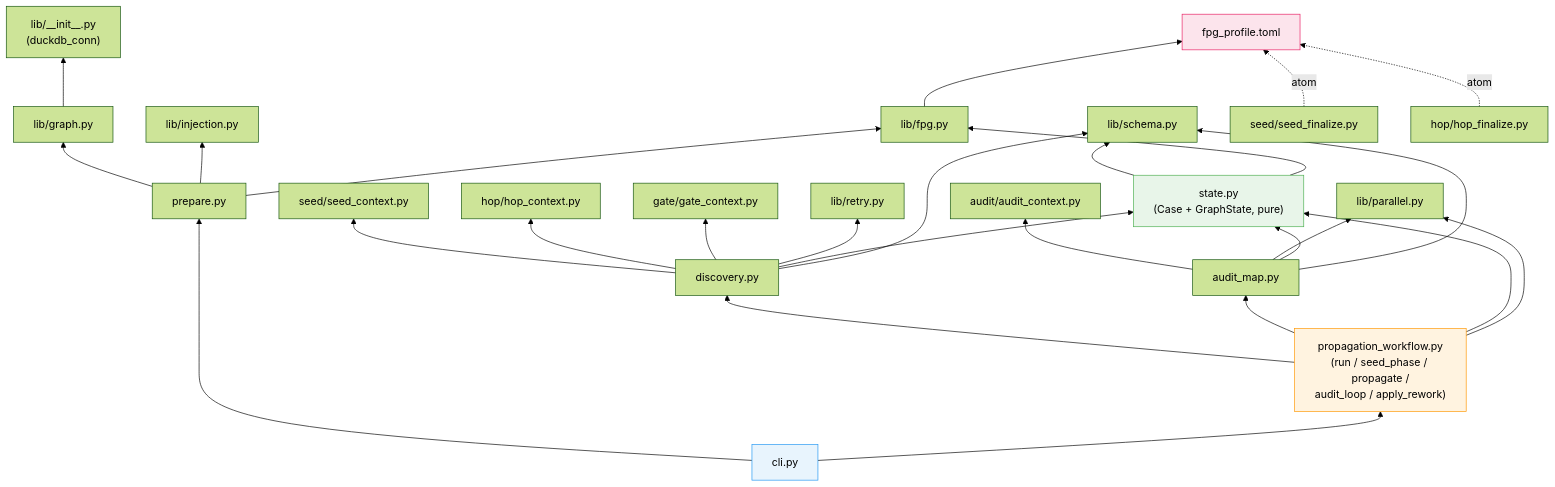
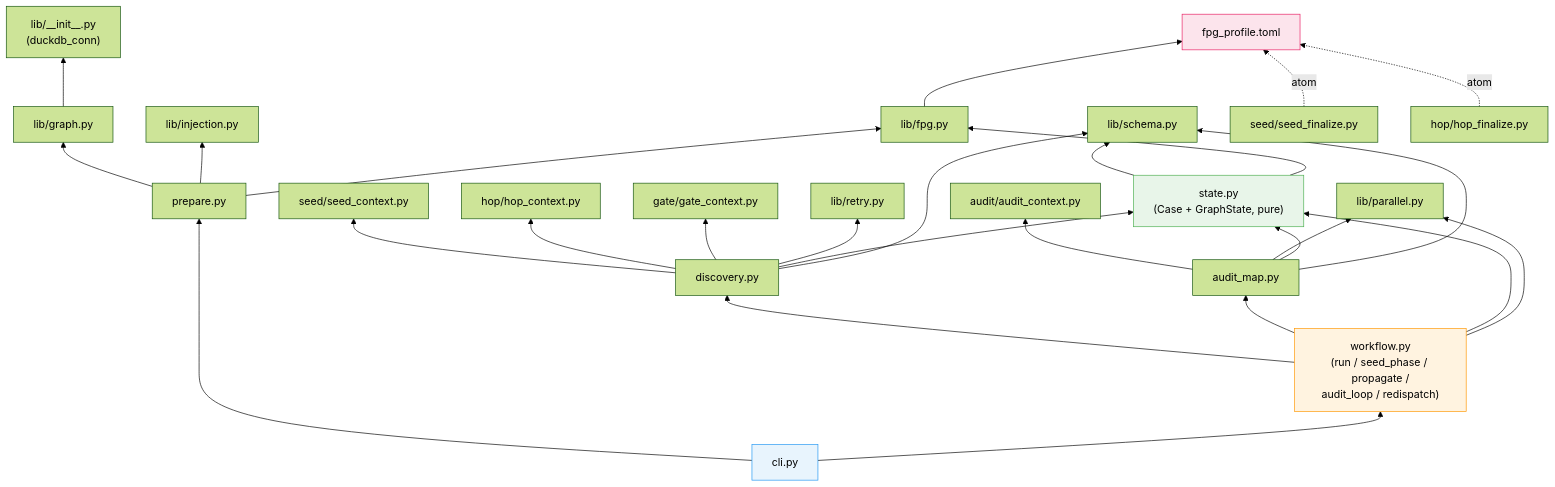
Before and after one commit to Lincyaw/AgentM: the fourth of 4 diagrams in contrib/scenarios/verifier/README.md, drawn with Mermaid (forest theme). The commit also changed other lines of this file and 11 other files, not shown here.

````diff
--- a/contrib/scenarios/verifier/README.md
+++ b/contrib/scenarios/verifier/README.md
@@ -210,36 +205,36 @@
 ```mermaid
 graph BT
     CLI["cli.py"] --> PREPARE["prepare.py"]
-    CLI --> WF["propagation_workflow.py<br/>(run / seed_phase / propagate /<br/>audit_loop / apply_rework)"]
+    CLI --> WF["workflow.py<br/>(run / seed_phase / propagate /<br/>audit_loop / redispatch)"]
     PREPARE --> LIB_G["lib/graph.py"]
     PREPARE --> LIB_I["lib/injection.py"]
     PREPARE --> LIB_F["lib/fpg.py"]
     LIB_G --> LIB_INIT["lib/__init__.py<br/>(duckdb_conn)"]
 
     WF --> DISC["discovery.py"]
     WF --> AUD["audit_map.py"]
     WF --> STATE["state.py<br/>(Case + GraphState, pure)"]
     WF --> PAR["lib/parallel.py"]
 
     DISC --> SEED_CTX["seed/seed_context.py"]
     DISC --> HOP_CTX["hop/hop_context.py"]
     DISC --> GATE_CTX["gate/gate_context.py"]
     DISC --> RETRY["lib/retry.py"]
     DISC --> STATE
     AUD --> AUDIT_CTX["audit/audit_context.py"]
     AUD --> PAR
     AUD --> STATE
     DISC --> SCHEMA["lib/schema.py"]
     AUD --> SCHEMA
     STATE --> SCHEMA
     STATE --> LIB_F
 
     SEED_FIN["seed/seed_finalize.py"] -.->|"atom"| FPG_PROF["fpg_profile.toml"]
     HOP_FIN["hop/hop_finalize.py"] -.->|"atom"| FPG_PROF
     LIB_F --> FPG_PROF
 
     style CLI fill:#e8f4fd,stroke:#2196f3
     style WF fill:#fff3e0,stroke:#ff9800
     style STATE fill:#e8f5e9,stroke:#4caf50
     style FPG_PROF fill:#fce4ec,stroke:#e91e63
 ```
````
